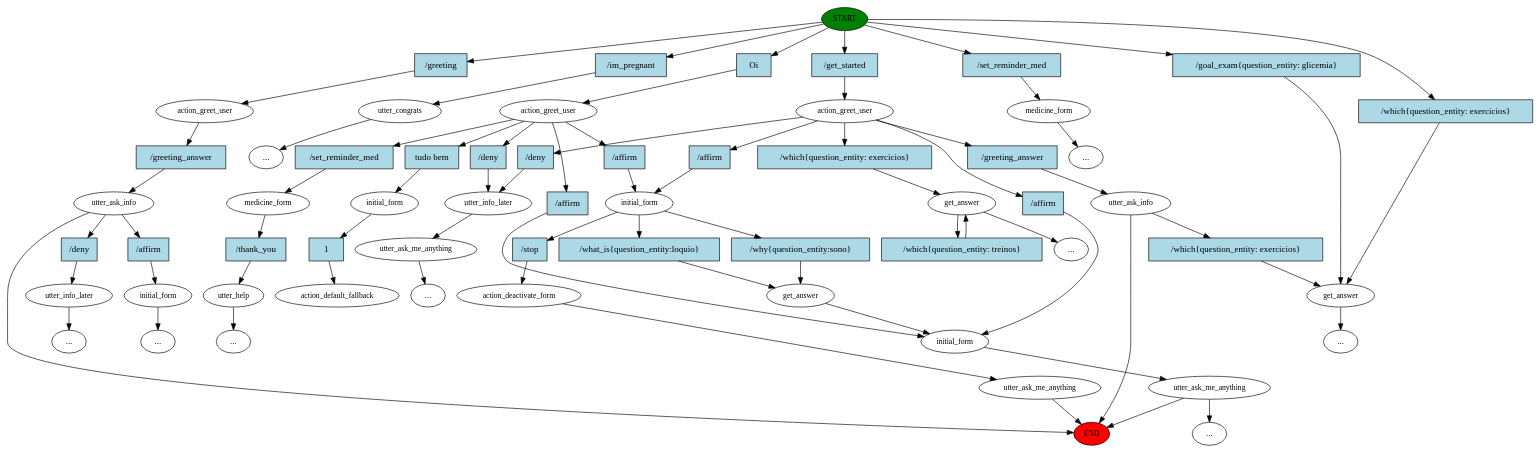
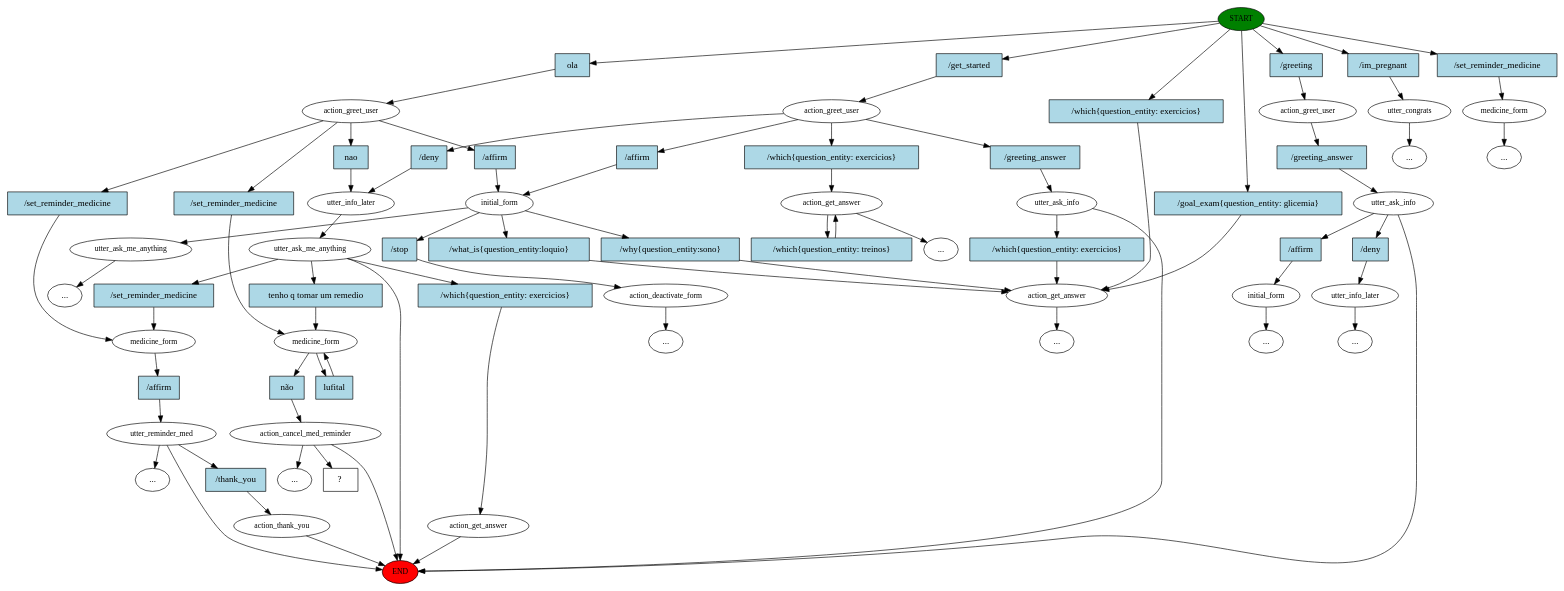
One commit to marikell/eve-platform changed the diagram in containers/eve-rasa/story_graph.dot. Above: the diagram before and after it, drawn with Graphviz. The commit also changed 5 other files, not shown here.

```diff
--- a/containers/eve-rasa/story_graph.dot
+++ b/containers/eve-rasa/story_graph.dot
@@ -1,134 +1,147 @@
 digraph  {
 0 [class="start active", fillcolor=green, fontsize=12, label=START, style=filled];
 "-1" [class=end, fillcolor=red, fontsize=12, label=END, style=filled];
-1 [class="", fontsize=12, label=action_greet_user];
-2 [class="", fontsize=12, label=get_answer];
+1 [class=active, fontsize=12, label=action_greet_user];
+2 [class=active, fontsize=12, label=utter_info_later];
+3 [class=active, fontsize=12, label=utter_ask_me_anything];
+4 [class="", fontsize=12, label=medicine_form];
+5 [class="", fontsize=12, label=utter_reminder_med];
+6 [class="", fontsize=12, label=action_thank_you];
+7 [class="", fontsize=12, label=action_greet_user];
+8 [class="", fontsize=12, label=action_get_answer];
 "-3" [class=ellipsis, label="..."];
-5 [class="", fontsize=12, label=utter_ask_info];
-6 [class="", fontsize=12, label=get_answer];
-9 [class="", fontsize=12, label=utter_congrats];
-"-7" [class=ellipsis, label="..."];
-11 [class="", fontsize=12, label=initial_form];
-12 [class="", fontsize=12, label=get_answer];
-13 [class="", fontsize=12, label=initial_form];
-14 [class="", fontsize=12, label=utter_ask_me_anything];
-15 [class=active, fontsize=12, label=action_greet_user];
-"-9" [class=ellipsis, label="..."];
-22 [class="", fontsize=12, label=action_deactivate_form];
-23 [class="", fontsize=12, label=utter_ask_me_anything];
-29 [class="", fontsize=12, label=medicine_form];
-30 [class="", fontsize=12, label=utter_help];
-"-10" [class=ellipsis, label="..."];
-34 [class="", fontsize=12, label=medicine_form];
+11 [class="", fontsize=12, label=utter_ask_info];
+12 [class="", fontsize=12, label=action_get_answer];
+16 [class="", fontsize=12, label=utter_congrats];
+"-8" [class=ellipsis, label="..."];
+18 [class="", fontsize=12, label=initial_form];
+25 [class="", fontsize=12, label=action_deactivate_form];
 "-12" [class=ellipsis, label="..."];
-37 [class="", fontsize=12, label=utter_info_later];
-38 [class="", fontsize=12, label=utter_ask_me_anything];
+31 [class="", fontsize=12, label=utter_ask_me_anything];
 "-14" [class=ellipsis, label="..."];
-45 [class="", fontsize=12, label=action_greet_user];
-46 [class="", fontsize=12, label=utter_ask_info];
-47 [class="", fontsize=12, label=initial_form];
+36 [class=active, fontsize=12, label=medicine_form];
+37 [class=active, fontsize=12, label=action_cancel_med_reminder];
 "-15" [class=ellipsis, label="..."];
-50 [class="", fontsize=12, label=utter_info_later];
-"-16" [class=ellipsis, label="..."];
+38 [class="", fontsize=12, label=medicine_form];
 "-17" [class=ellipsis, label="..."];
-57 [class=active, fontsize=12, label=initial_form];
-58 [class="dashed active", fontsize=12, label=action_default_fallback];
-59 [class=intent, fillcolor=lightblue, label="/get_started", shape=rect, style=filled];
-60 [class=intent, fillcolor=lightblue, label="/im_pregnant", shape=rect, style=filled];
-61 [class="intent active", fillcolor=lightblue, label=Oi, shape=rect, style=filled];
-62 [class=intent, fillcolor=lightblue, label="/set_reminder_med", shape=rect, style=filled];
-63 [class=intent, fillcolor=lightblue, label="/greeting", shape=rect, style=filled];
-64 [class=intent, fillcolor=lightblue, label="/which{question_entity: exercicios}", shape=rect, style=filled];
-65 [class=intent, fillcolor=lightblue, label="/goal_exam{question_entity: glicemia}", shape=rect, style=filled];
-66 [class=intent, fillcolor=lightblue, label="/which{question_entity: exercicios}", shape=rect, style=filled];
-67 [class=intent, fillcolor=lightblue, label="/greeting_answer", shape=rect, style=filled];
-68 [class=intent, fillcolor=lightblue, label="/affirm", shape=rect, style=filled];
-69 [class=intent, fillcolor=lightblue, label="/deny", shape=rect, style=filled];
-70 [class=intent, fillcolor=lightblue, label="/affirm", shape=rect, style=filled];
-71 [class=intent, fillcolor=lightblue, label="/which{question_entity: treinos}", shape=rect, style=filled];
-72 [class=intent, fillcolor=lightblue, label="/which{question_entity: exercicios}", shape=rect, style=filled];
-73 [class=intent, fillcolor=lightblue, label="/what_is{question_entity:loquio}", shape=rect, style=filled];
-74 [class=intent, fillcolor=lightblue, label="/why{question_entity:sono}", shape=rect, style=filled];
-75 [class=intent, fillcolor=lightblue, label="/stop", shape=rect, style=filled];
-76 [class=intent, fillcolor=lightblue, label="/affirm", shape=rect, style=filled];
-77 [class=intent, fillcolor=lightblue, label="/set_reminder_med", shape=rect, style=filled];
-78 [class=intent, fillcolor=lightblue, label="/affirm", shape=rect, style=filled];
-79 [class="intent active", fillcolor=lightblue, label="tudo bem", shape=rect, style=filled];
-80 [class=intent, fillcolor=lightblue, label="/deny", shape=rect, style=filled];
-81 [class=intent, fillcolor=lightblue, label="/thank_you", shape=rect, style=filled];
-82 [class=intent, fillcolor=lightblue, label="/greeting_answer", shape=rect, style=filled];
-83 [class=intent, fillcolor=lightblue, label="/affirm", shape=rect, style=filled];
-84 [class=intent, fillcolor=lightblue, label="/deny", shape=rect, style=filled];
-85 [class="intent active", fillcolor=lightblue, label=1, shape=rect, style=filled];
-0 -> 59  [class="", key=0];
-0 -> 60  [class="", key=0];
-0 -> 61  [class=active, key=0];
-0 -> 62  [class="", key=0];
-0 -> 63  [class="", key=0];
-0 -> 64  [class="", key=0];
-0 -> 65  [class="", key=0];
-1 -> 66  [class="", key=0];
-1 -> 67  [class="", key=0];
-1 -> 68  [class="", key=0];
-1 -> 69  [class="", key=0];
-1 -> 70  [class="", key=0];
-2 -> "-3"  [class="", key=NONE, label=""];
-2 -> 71  [class="", key=0];
+58 [class="", fontsize=12, label=action_get_answer];
+"-18" [class=ellipsis, label="..."];
+65 [class="", fontsize=12, label=action_greet_user];
+66 [class="", fontsize=12, label=utter_ask_info];
+67 [class="", fontsize=12, label=initial_form];
+"-19" [class=ellipsis, label="..."];
+70 [class="", fontsize=12, label=utter_info_later];
+"-20" [class=ellipsis, label="..."];
+"-21" [class=ellipsis, label="..."];
+84 [class="intent dashed active", label="  ?  ", shape=rect];
+85 [class="intent active", fillcolor=lightblue, label=ola, shape=rect, style=filled];
+86 [class=intent, fillcolor=lightblue, label="/get_started", shape=rect, style=filled];
+87 [class=intent, fillcolor=lightblue, label="/im_pregnant", shape=rect, style=filled];
+88 [class=intent, fillcolor=lightblue, label="/set_reminder_medicine", shape=rect, style=filled];
+89 [class=intent, fillcolor=lightblue, label="/greeting", shape=rect, style=filled];
+90 [class=intent, fillcolor=lightblue, label="/which{question_entity: exercicios}", shape=rect, style=filled];
+91 [class=intent, fillcolor=lightblue, label="/goal_exam{question_entity: glicemia}", shape=rect, style=filled];
+92 [class="intent active", fillcolor=lightblue, label=nao, shape=rect, style=filled];
+93 [class=intent, fillcolor=lightblue, label="/set_reminder_medicine", shape=rect, style=filled];
+94 [class=intent, fillcolor=lightblue, label="/set_reminder_medicine", shape=rect, style=filled];
+95 [class=intent, fillcolor=lightblue, label="/affirm", shape=rect, style=filled];
+96 [class=intent, fillcolor=lightblue, label="/set_reminder_medicine", shape=rect, style=filled];
+97 [class=intent, fillcolor=lightblue, label="/which{question_entity: exercicios}", shape=rect, style=filled];
+98 [class="intent active", fillcolor=lightblue, label="tenho q tomar um remedio", shape=rect, style=filled];
+99 [class=intent, fillcolor=lightblue, label="/affirm", shape=rect, style=filled];
+100 [class=intent, fillcolor=lightblue, label="/thank_you", shape=rect, style=filled];
+101 [class=intent, fillcolor=lightblue, label="/which{question_entity: exercicios}", shape=rect, style=filled];
+102 [class=intent, fillcolor=lightblue, label="/greeting_answer", shape=rect, style=filled];
+103 [class=intent, fillcolor=lightblue, label="/affirm", shape=rect, style=filled];
+104 [class=intent, fillcolor=lightblue, label="/deny", shape=rect, style=filled];
+105 [class=intent, fillcolor=lightblue, label="/which{question_entity: treinos}", shape=rect, style=filled];
+106 [class=intent, fillcolor=lightblue, label="/which{question_entity: exercicios}", shape=rect, style=filled];
+107 [class=intent, fillcolor=lightblue, label="/what_is{question_entity:loquio}", shape=rect, style=filled];
+108 [class=intent, fillcolor=lightblue, label="/why{question_entity:sono}", shape=rect, style=filled];
+109 [class=intent, fillcolor=lightblue, label="/stop", shape=rect, style=filled];
+110 [class="intent active", fillcolor=lightblue, label="não", shape=rect, style=filled];
+111 [class="intent active", fillcolor=lightblue, label=lufital, shape=rect, style=filled];
+112 [class=intent, fillcolor=lightblue, label="/greeting_answer", shape=rect, style=filled];
+113 [class=intent, fillcolor=lightblue, label="/affirm", shape=rect, style=filled];
+114 [class=intent, fillcolor=lightblue, label="/deny", shape=rect, style=filled];
+0 -> 85  [class=active, key=0];
+0 -> 86  [class="", key=0];
+0 -> 87  [class="", key=0];
+0 -> 88  [class="", key=0];
+0 -> 89  [class="", key=0];
+0 -> 90  [class="", key=0];
+0 -> 91  [class="", key=0];
+1 -> 92  [class=active, key=0];
+1 -> 93  [class="", key=0];
+1 -> 94  [class="", key=0];
+1 -> 95  [class="", key=0];
+2 -> 3  [class=active, key=NONE, label=""];
+3 -> "-1"  [class="", key=NONE, label=""];
+3 -> 96  [class="", key=0];
+3 -> 97  [class="", key=0];
+3 -> 98  [class=active, key=0];
+4 -> 99  [class="", key=0];
+5 -> "-14"  [class="", key=NONE, label=""];
 5 -> "-1"  [class="", key=NONE, label=""];
-5 -> 72  [class="", key=0];
-6 -> "-17"  [class="", key=NONE, label=""];
-9 -> "-7"  [class="", key=NONE, label=""];
-11 -> 73  [class="", key=0];
-11 -> 74  [class="", key=0];
-11 -> 75  [class="", key=0];
-12 -> 13  [class="", key=NONE, label=""];
-13 -> 14  [class="", key=NONE, label=""];
-14 -> "-9"  [class="", key=NONE, label=""];
-14 -> "-1"  [class="", key=NONE, label=""];
-15 -> 76  [class="", key=0];
-15 -> 77  [class="", key=0];
-15 -> 78  [class="", key=0];
-15 -> 79  [class=active, key=0];
-15 -> 80  [class="", key=0];
-22 -> 23  [class="", key=NONE, label=""];
-23 -> "-1"  [class="", key=NONE, label=""];
-29 -> 81  [class="", key=0];
-30 -> "-10"  [class="", key=NONE, label=""];
-34 -> "-12"  [class="", key=NONE, label=""];
-37 -> 38  [class="", key=NONE, label=""];
-38 -> "-14"  [class="", key=NONE, label=""];
-45 -> 82  [class="", key=0];
-46 -> "-1"  [class="", key=NONE, label=""];
-46 -> 83  [class="", key=0];
-46 -> 84  [class="", key=0];
-47 -> "-15"  [class="", key=NONE, label=""];
-50 -> "-16"  [class="", key=NONE, label=""];
-57 -> 85  [class=active, key=0];
-59 -> 1  [class="", key=0];
-60 -> 9  [class="", key=0];
-61 -> 15  [class=active, key=0];
-62 -> 34  [class="", key=0];
-63 -> 45  [class="", key=0];
-64 -> 6  [class="", key=0];
-65 -> 6  [class="", key=0];
-66 -> 2  [class="", key=0];
-67 -> 5  [class="", key=0];
-68 -> 11  [class="", key=0];
-69 -> 37  [class="", key=0];
-70 -> 13  [class="", key=0];
-71 -> 2  [class="", key=0];
-72 -> 6  [class="", key=0];
-73 -> 12  [class="", key=0];
-74 -> 12  [class="", key=0];
-75 -> 22  [class="", key=0];
-76 -> 11  [class="", key=0];
-77 -> 29  [class="", key=0];
-78 -> 13  [class="", key=0];
-79 -> 57  [class=active, key=0];
-80 -> 37  [class="", key=0];
-81 -> 30  [class="", key=0];
-82 -> 46  [class="", key=0];
-83 -> 47  [class="", key=0];
-84 -> 50  [class="", key=0];
-85 -> 58  [class=active, key=0];
+5 -> 100  [class="", key=0];
+6 -> "-1"  [class="", key=NONE, label=""];
+7 -> 101  [class="", key=0];
+7 -> 102  [class="", key=0];
+7 -> 103  [class="", key=0];
+7 -> 104  [class="", key=0];
+8 -> "-3"  [class="", key=NONE, label=""];
+8 -> 105  [class="", key=0];
+11 -> "-1"  [class="", key=NONE, label=""];
+11 -> 106  [class="", key=0];
+12 -> "-21"  [class="", key=NONE, label=""];
+16 -> "-8"  [class="", key=NONE, label=""];
+18 -> 31  [class="", key=NONE, label=""];
+18 -> 107  [class="", key=0];
+18 -> 108  [class="", key=0];
+18 -> 109  [class="", key=0];
+25 -> "-12"  [class="", key=NONE, label=""];
+31 -> "-18"  [class="", key=NONE, label=""];
+36 -> 110  [class=active, key=0];
+36 -> 111  [class=active, key=0];
+37 -> "-15"  [class="", key=NONE, label=""];
+37 -> "-1"  [class="", key=NONE, label=""];
+37 -> 84  [class=active, key=NONE, label=""];
+38 -> "-17"  [class="", key=NONE, label=""];
+58 -> "-1"  [class="", key=NONE, label=""];
+65 -> 112  [class="", key=0];
+66 -> "-1"  [class="", key=NONE, label=""];
+66 -> 113  [class="", key=0];
+66 -> 114  [class="", key=0];
+67 -> "-19"  [class="", key=NONE, label=""];
+70 -> "-20"  [class="", key=NONE, label=""];
+85 -> 1  [class=active, key=0];
+86 -> 7  [class="", key=0];
+87 -> 16  [class="", key=0];
+88 -> 38  [class="", key=0];
+89 -> 65  [class="", key=0];
+90 -> 12  [class="", key=0];
+91 -> 12  [class="", key=0];
+92 -> 2  [class=active, key=0];
+93 -> 36  [class="", key=0];
+94 -> 4  [class="", key=0];
+95 -> 18  [class="", key=0];
+96 -> 4  [class="", key=0];
+97 -> 58  [class="", key=0];
+98 -> 36  [class=active, key=0];
+99 -> 5  [class="", key=0];
+100 -> 6  [class="", key=0];
+101 -> 8  [class="", key=0];
+102 -> 11  [class="", key=0];
+103 -> 18  [class="", key=0];
+104 -> 2  [class="", key=0];
+105 -> 8  [class="", key=0];
+106 -> 12  [class="", key=0];
+107 -> 12  [class="", key=0];
+108 -> 12  [class="", key=0];
+109 -> 25  [class="", key=0];
+110 -> 37  [class=active, key=0];
+111 -> 36  [class=active, key=0];
+112 -> 66  [class="", key=0];
+113 -> 67  [class="", key=0];
+114 -> 70  [class="", key=0];
 }
```
